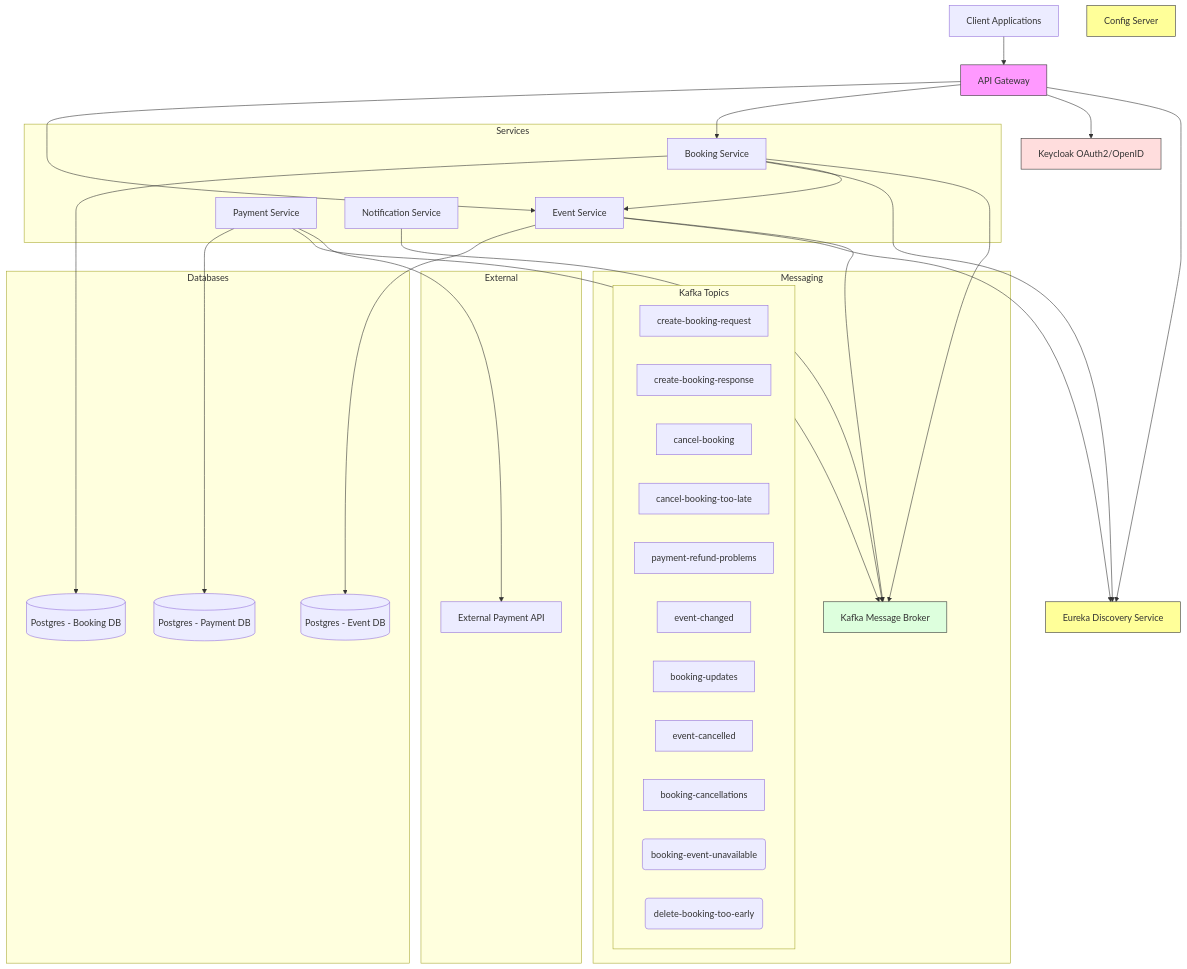
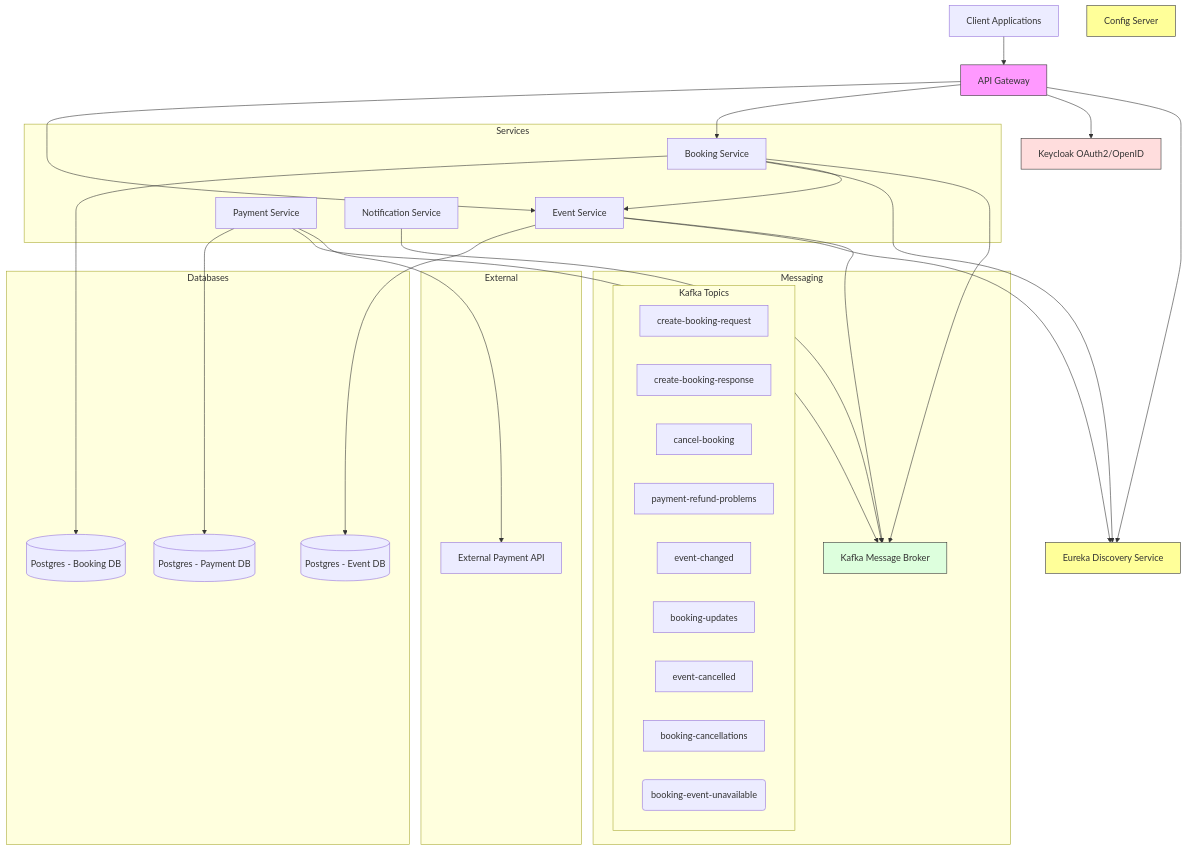
One commit to piper1970/event-booking-microservice changed the diagram in system-architecture.mermaid. Above: the diagram before and after it, drawn with Mermaid. The commit also changed 30 other files, not shown here.

First line of the commit message:
Updated flow diagram and made some changes based on observations

```diff
--- a/system-architecture.mermaid
+++ b/system-architecture.mermaid
@@ -1,70 +1,68 @@
 graph TB
     Client[Client Applications]
     Gateway[API Gateway]
     Config[Config Server]
     Eureka[Eureka Discovery Service]
     Keycloak[Keycloak OAuth2/OpenID]
     
     subgraph Services
         EventService[Event Service]
         BookingService[Booking Service]
         PaymentService[Payment Service]
         NotificationService[Notification Service]
     end
     
     subgraph Databases
         EventDB[(Postgres - Event DB)]
         BookingDB[(Postgres - Booking DB)]
         PaymentDB[(Postgres - Payment DB)]
     end
     
     subgraph Messaging
         Kafka[Kafka Message Broker]
         
         subgraph Kafka Topics
             topic1[create-booking-request]
             topic2[create-booking-response]
             topic3[cancel-booking]
-            topic4[cancel-booking-too-late]
-            topic5[payment-refund-problems]
-            topic6[event-changed]
-            topic7[booking-updates]
-            topic8[event-cancelled]
-            topic9[booking-cancellations]
-            topic10(booking-event-unavailable)
-            topic11(delete-booking-too-early)
+            topic4[payment-refund-problems]
+            topic5[event-changed]
+            topic6[booking-updates]
+            topic7[event-cancelled]
+            topic8[booking-cancellations]
+            topic9(booking-event-unavailable)
         end
     end
     
     subgraph External
         PaymentAPI[External Payment API]
     end
     
     Client --> Gateway
     Gateway --> EventService
     Gateway --> BookingService
     
     Gateway --> Keycloak
     
     EventService --> EventDB
     BookingService --> BookingDB
     PaymentService --> PaymentDB
     
     EventService --> Eureka
     BookingService --> Eureka
     Gateway --> Eureka
     
     BookingService --> EventService
     
     BookingService --> Kafka
     PaymentService --> Kafka
     NotificationService --> Kafka
     EventService --> Kafka
     
     PaymentService --> PaymentAPI
     
     style Gateway fill:#f9f,stroke:#333
     style Eureka fill:#ff9,stroke:#333
     style Config fill:#ff9,stroke:#333
     style Kafka fill:#dfd,stroke:#333
     style Keycloak fill:#fdd,stroke:#333
```
